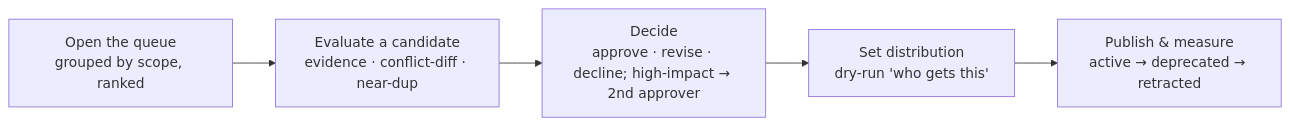
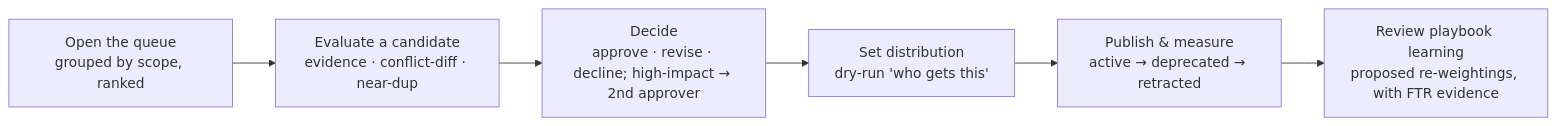
The second of 10 diagrams in docs/journeys/dojo.md (sensei-hq/sensei), drawn with Mermaid before and after one commit. The commit also changed other lines of this file and 49 other files, not shown here.

````diff
--- a/docs/journeys/dojo.md
+++ b/docs/journeys/dojo.md
@@ -41,6 +82,7 @@
 ```mermaid
 flowchart LR
     m1[Open the queue<br/>grouped by scope, ranked] --> m2[Evaluate a candidate<br/>evidence · conflict-diff · near-dup]
     m2 --> m3[Decide<br/>approve · revise · decline; high-impact → 2nd approver]
     m3 --> m4[Set distribution<br/>dry-run 'who gets this'] --> m5[Publish &amp; measure<br/>active → deprecated → retracted]
+    m5 --> m6[Review playbook learning<br/>proposed re-weightings, with FTR evidence]
 ```
````
